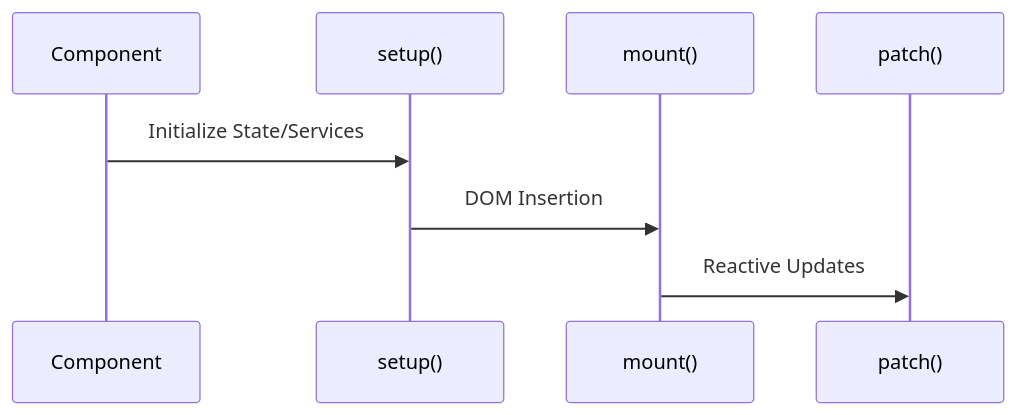
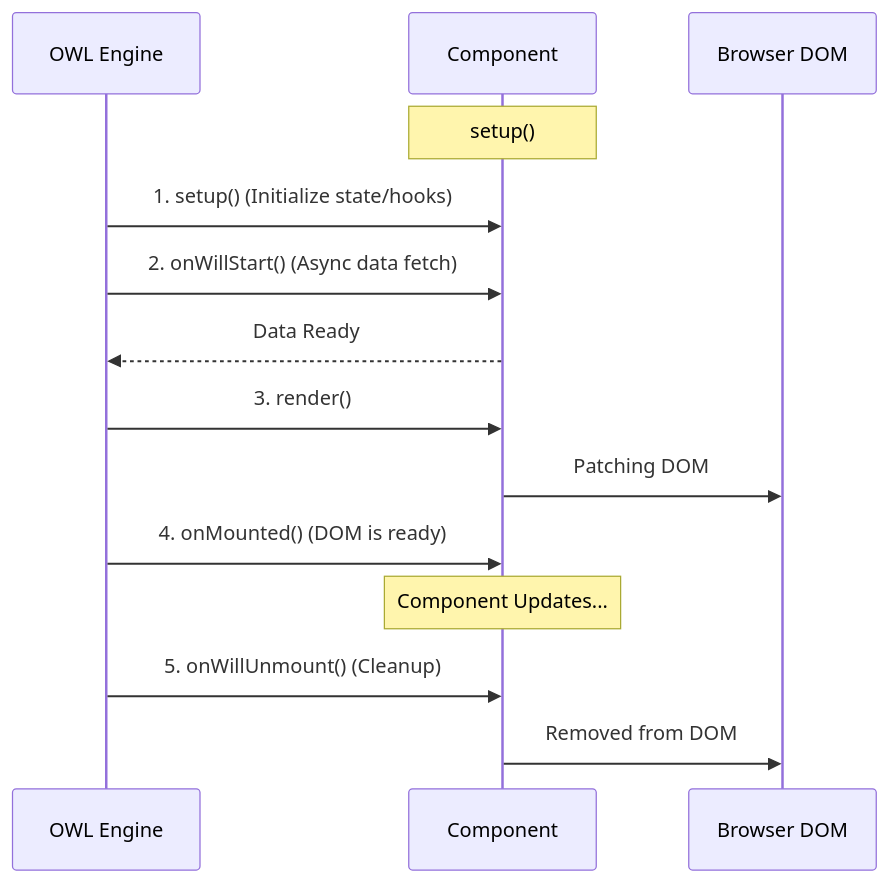
One commit to Kashyap-001/odoo19-docs changed the diagram in docs/frontend/owl.md. Above: the diagram before and after it, drawn with Mermaid. The commit also changed other lines of this file and 4 other files, not shown here.

Commit message:
fix(docs): restore missing content and correctly add architectural diagrams and challenges

````diff
--- a/docs/frontend/owl.md
+++ b/docs/frontend/owl.md
@@ -10,11 +17,19 @@
 ```mermaid
 sequenceDiagram
-    participant C as Component
-    participant S as setup()
-    participant M as mount()
-    participant P as patch()
+    participant OWL as OWL Engine
+    participant Comp as Component
+    participant DOM as Browser DOM
+
+    Note over Comp: setup()
+    OWL->>Comp: 1. setup() (Initialize state/hooks)
+    OWL->>Comp: 2. onWillStart() (Async data fetch)
+    Comp-->>OWL: Data Ready
+    OWL->>Comp: 3. render()
+    Comp->>DOM: Patching DOM
+    OWL->>Comp: 4. onMounted() (DOM is ready)
     
-    C->>S: Initialize State/Services
-    S->>M: DOM Insertion
-    M->>P: Reactive Updates
+    Note over Comp: Component Updates...
+    
+    OWL->>Comp: 5. onWillUnmount() (Cleanup)
+    Comp->>DOM: Removed from DOM
 ```
````
